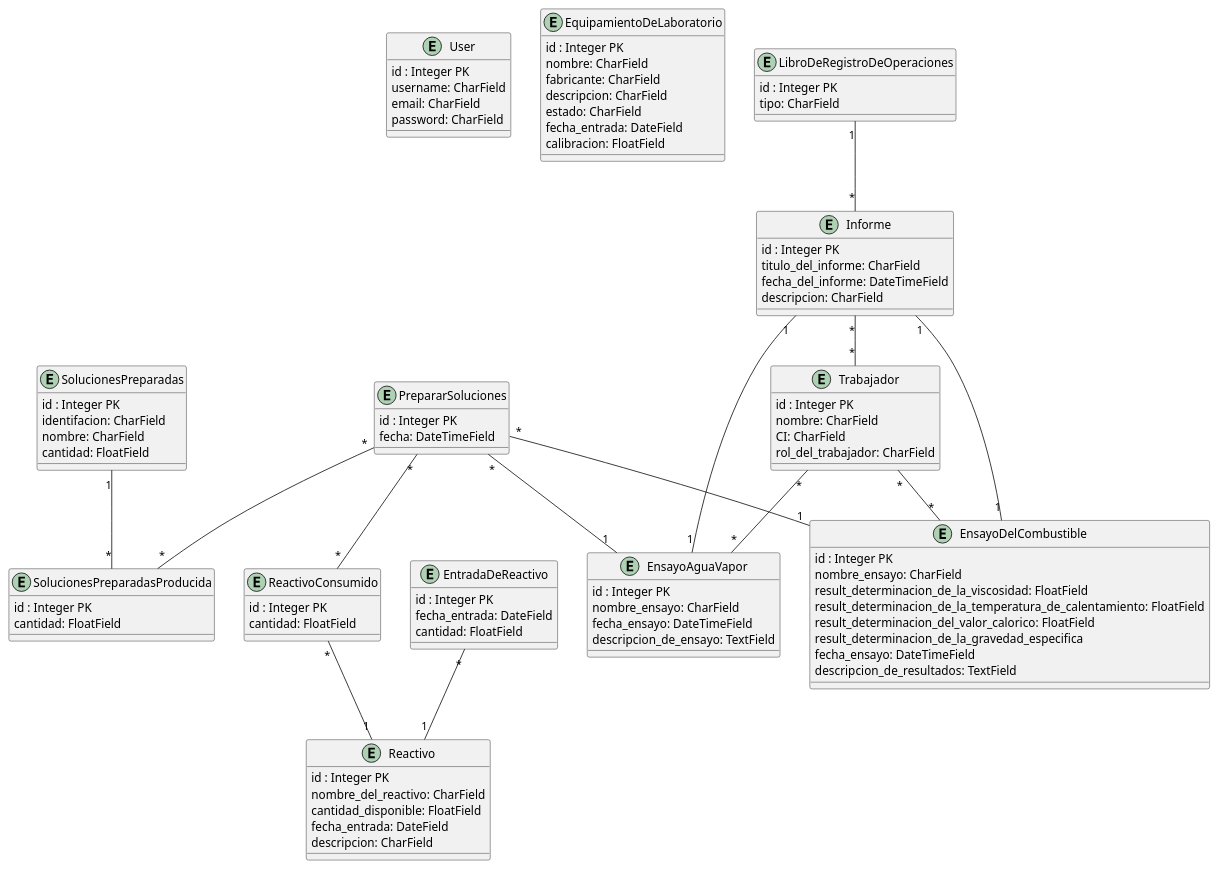
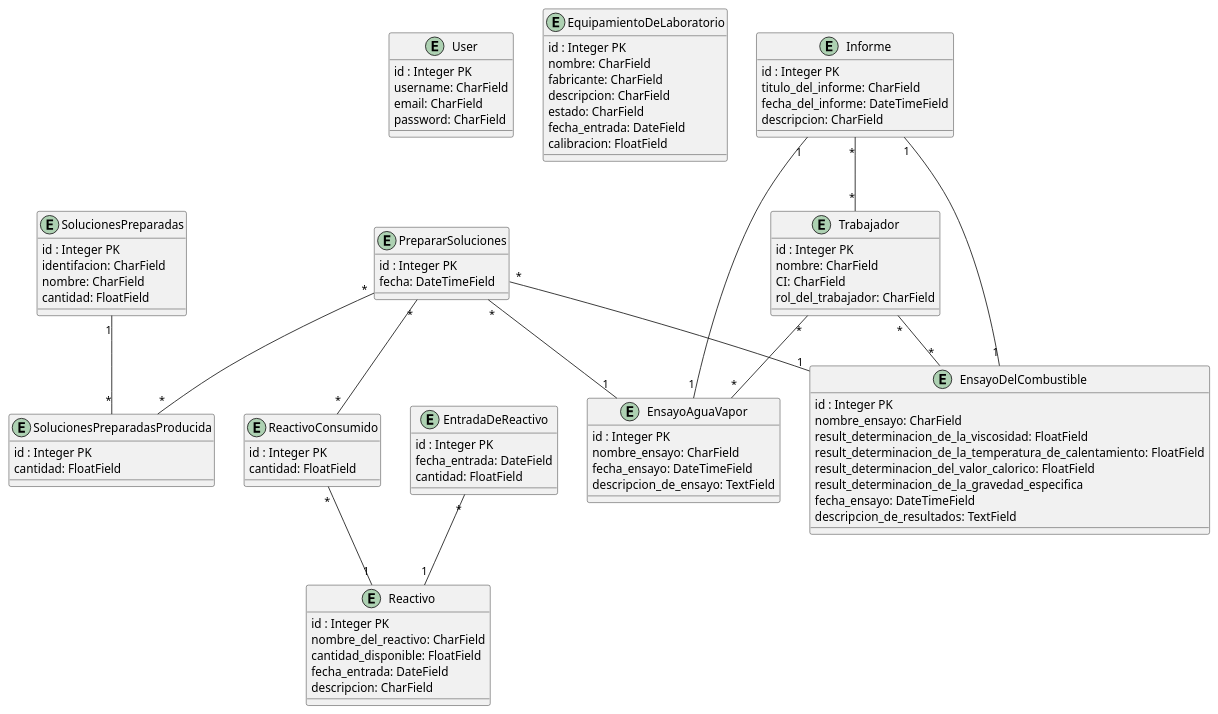
One commit to josecarlospr2002/tesis changed the diagram in docs/diagrams/src/architecture_overview.wsd. Above: the diagram before and after it, drawn with PlantUML. The commit also changed 4 other files, not shown here.

```diff
--- a/docs/diagrams/src/architecture_overview.wsd
+++ b/docs/diagrams/src/architecture_overview.wsd
@@ -1,117 +1,113 @@
 @startuml
 
 entity User{
     id : Integer PK
     username: CharField
     email: CharField
     password: CharField
 }
 
 
 
 
 
 entity EquipamientoDeLaboratorio{
     id : Integer PK
     nombre: CharField
     fabricante: CharField
     descripcion: CharField
     estado: CharField
     fecha_entrada: DateField
     calibracion: FloatField
 }
 
 entity EntradaDeReactivo{
     id : Integer PK
     fecha_entrada: DateField
     cantidad: FloatField
 }
 
 entity Reactivo{
     id : Integer PK
     nombre_del_reactivo: CharField
     cantidad_disponible: FloatField
     fecha_entrada: DateField
      descripcion: CharField
 }
 
 entity PrepararSoluciones {
     id : Integer PK
     fecha: DateTimeField
 }
 
 entity ReactivoConsumido {
     id : Integer PK
     cantidad: FloatField
 }
 entity SolucionesPreparadasProducida {
     id : Integer PK
     cantidad: FloatField
 }
 
 entity SolucionesPreparadas{
     id : Integer PK
     identifacion: CharField
     nombre: CharField
     cantidad: FloatField
 }
 
 entity Trabajador{
     id : Integer PK
     nombre: CharField
     CI: CharField
     rol_del_trabajador: CharField
 }
 
-entity LibroDeRegistroDeOperaciones{
-    id : Integer PK
-    tipo: CharField
-}
 
 entity Informe {
     id : Integer PK
     titulo_del_informe: CharField
     fecha_del_informe: DateTimeField
     descripcion: CharField
 }
 
 entity EnsayoDelCombustible{
     id : Integer PK
     nombre_ensayo: CharField
     result_determinacion_de_la_viscosidad: FloatField
     result_determinacion_de_la_temperatura_de_calentamiento: FloatField
     result_determinacion_del_valor_calorico: FloatField
     result_determinacion_de_la_gravedad_especifica
     fecha_ensayo: DateTimeField
     descripcion_de_resultados: TextField
 }
 
 entity EnsayoAguaVapor {
     id : Integer PK
     nombre_ensayo: CharField
     fecha_ensayo: DateTimeField
     descripcion_de_ensayo: TextField
 }
 
 
 PrepararSoluciones "*" -- "*" SolucionesPreparadasProducida
 PrepararSoluciones "*" -- "*" ReactivoConsumido
 
 PrepararSoluciones "*" -- "1" EnsayoAguaVapor
 PrepararSoluciones "*" -- "1" EnsayoDelCombustible
 Trabajador "*" -- "*" EnsayoAguaVapor
 Trabajador "*" -- "*" EnsayoDelCombustible
 
 ReactivoConsumido "*" -- "1" Reactivo
 SolucionesPreparadas "1" -- "*" SolucionesPreparadasProducida
 
 
 Informe "1" -- "1" EnsayoDelCombustible
 Informe "1" -- "1" EnsayoAguaVapor
 Informe "*" -- "*" Trabajador
-LibroDeRegistroDeOperaciones "1" -- "*" Informe
+
 
 EntradaDeReactivo "*" -- "1" Reactivo
 
 
 @enduml
```
